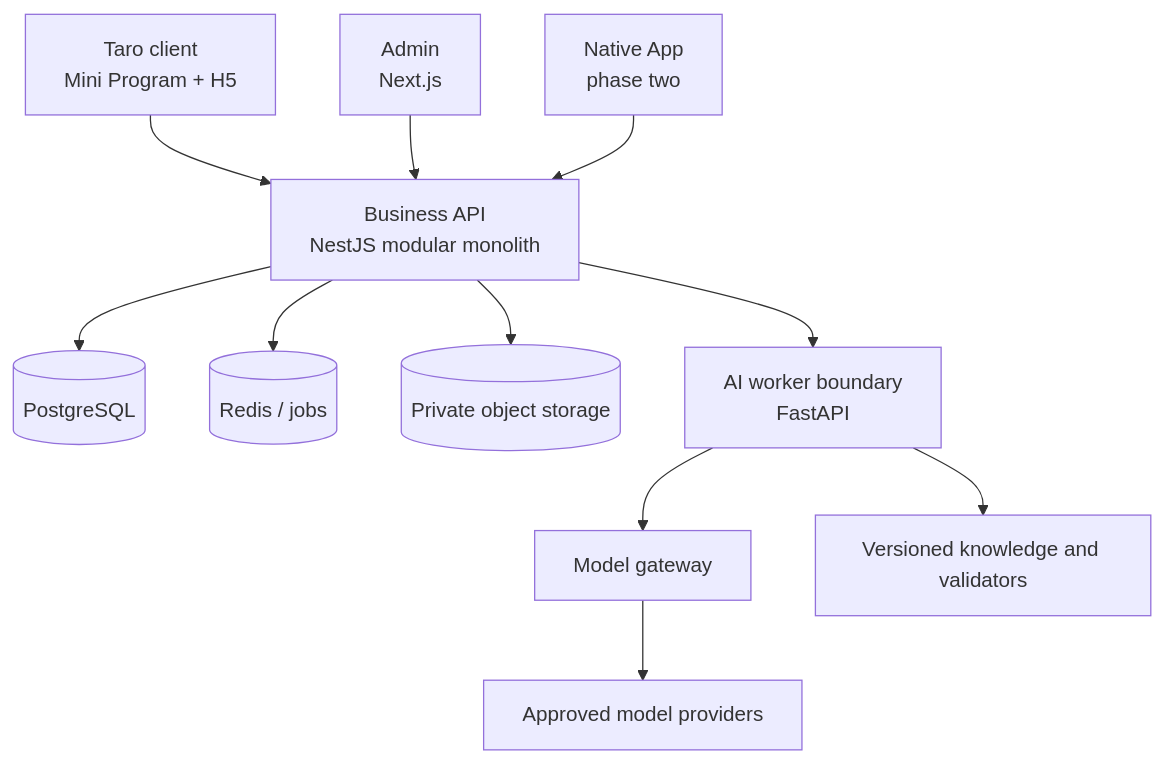
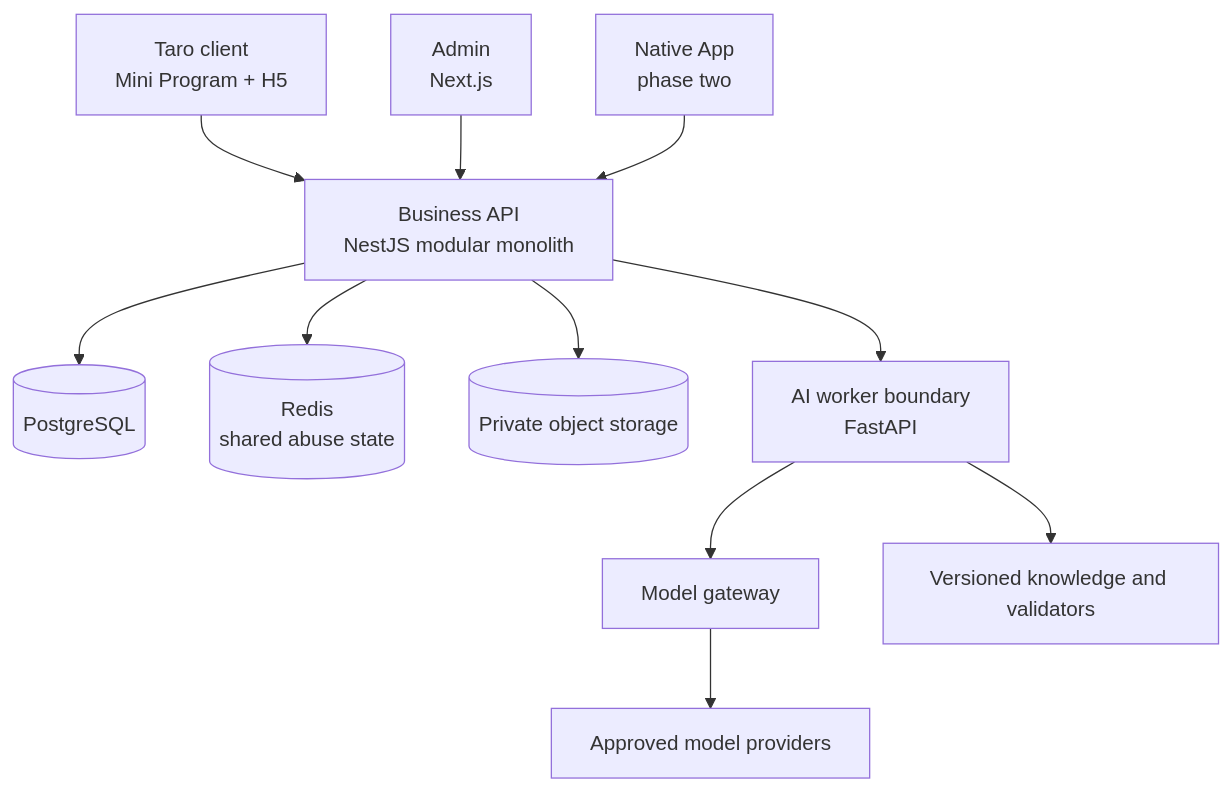
Before and after one commit to Zach424/MyFitness: the diagram in docs/architecture/ARCHITECTURE.md, drawn with Mermaid. The commit also changed other lines of this file and 42 other files, not shown here.

````diff
--- a/docs/architecture/ARCHITECTURE.md
+++ b/docs/architecture/ARCHITECTURE.md
@@ -7,13 +7,13 @@
 ```mermaid
 flowchart TB
   C["Taro client<br/>Mini Program + H5"] --> G["Business API<br/>NestJS modular monolith"]
   A["Admin<br/>Next.js"] --> G
   M["Native App<br/>phase two"] --> G
   G --> P[("PostgreSQL")]
-  G --> R[("Redis / jobs")]
+  G --> R[("Redis<br/>shared abuse state")]
   G --> O[("Private object storage")]
   G --> W["AI worker boundary<br/>FastAPI"]
   W --> V["Model gateway"]
   W --> K["Versioned knowledge and validators"]
   V --> E["Approved model providers"]
 ```
````
